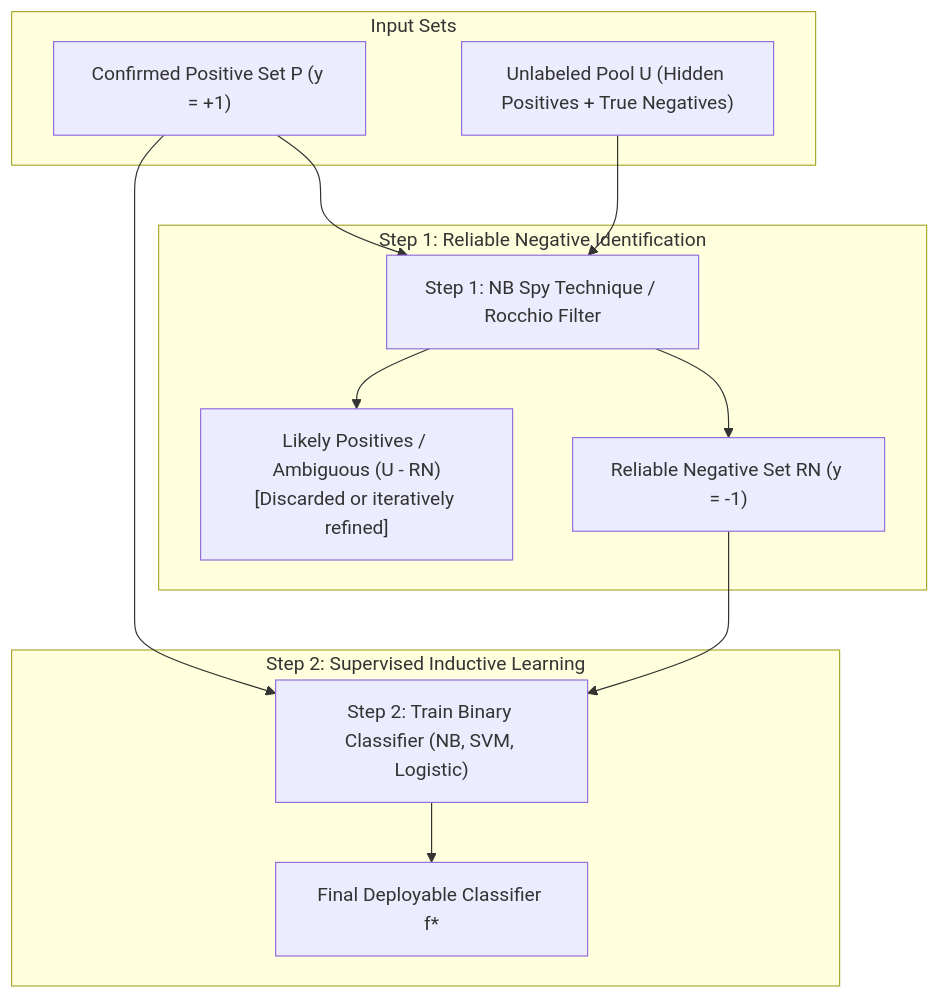
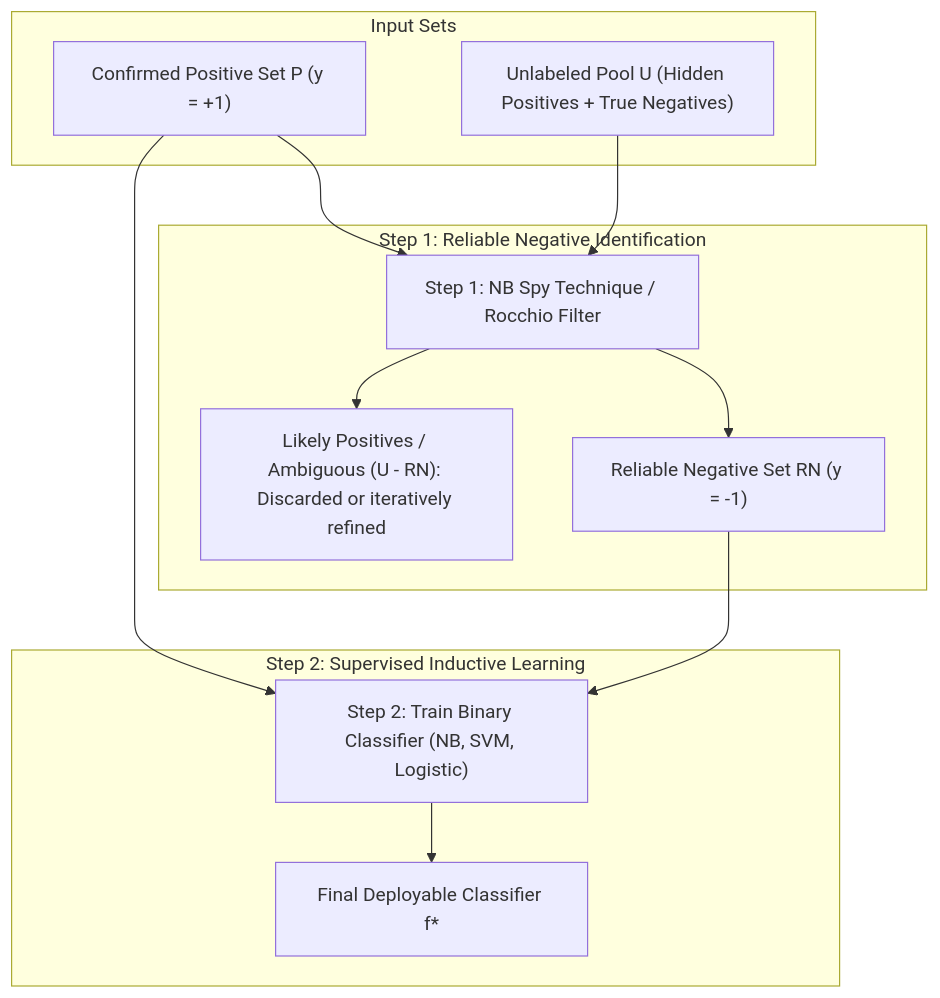
One commit to DeepLumiere/DeepSkills changed the fifth of 14 diagrams in notes/machine_learning/ssl_rl_and_intro_to_deep_learning.md. Above: the diagram before and after it, drawn with Mermaid. The commit also changed other lines of this file and 56 other files, not shown here.

````diff
--- a/notes/machine_learning/ssl_rl_and_intro_to_deep_learning.md
+++ b/notes/machine_learning/ssl_rl_and_intro_to_deep_learning.md
@@ -366,20 +366,20 @@
 ```mermaid
 graph TD
-    subgraph Input Sets
+    subgraph Input_Sets ["Input Sets"]
         P["Confirmed Positive Set P (y = +1)"]
         U["Unlabeled Pool U (Hidden Positives + True Negatives)"]
     end
 
-    subgraph Step 1: Reliable Negative Identification
+    subgraph Step1_Reliable_Negative ["Step 1: Reliable Negative Identification"]
         U --> SpyCheck["Step 1: NB Spy Technique / Rocchio Filter"]
         P --> SpyCheck
         SpyCheck --> RN["Reliable Negative Set RN (y = -1)"]
-        SpyCheck --> Q["Likely Positives / Ambiguous (U - RN)<br/>[Discarded or iteratively refined]"]
+        SpyCheck --> Q["Likely Positives / Ambiguous (U - RN): Discarded or iteratively refined"]
     end
 
-    subgraph Step 2: Supervised Inductive Learning
+    subgraph Step2_Supervised_Learning ["Step 2: Supervised Inductive Learning"]
         P --> ModelTrain["Step 2: Train Binary Classifier (NB, SVM, Logistic)"]
         RN --> ModelTrain
         ModelTrain --> FinalPU["Final Deployable Classifier f*"]
     end
 ```
````
